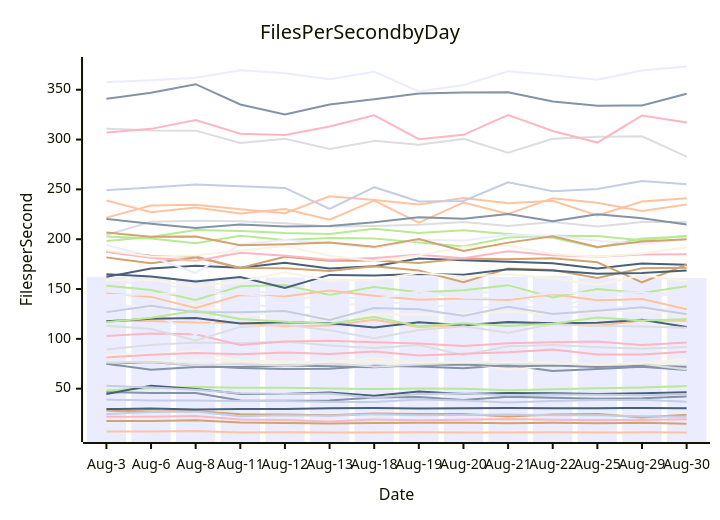
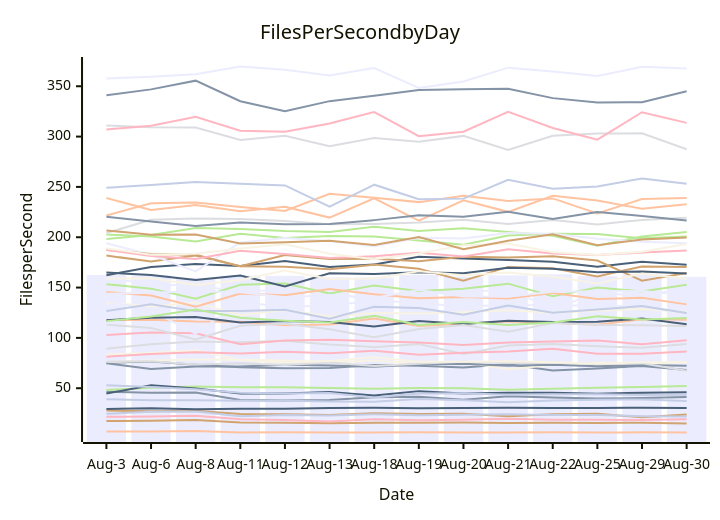
The diagram in perf-report.md (streetsidesoftware/cspell), drawn with Mermaid before and after one commit. The commit also changed other lines of this file and 1 other file, not shown here.

````diff
--- a/perf-report.md
+++ b/perf-report.md
@@ -10,57 +10,57 @@
 ```mermaid
 xychart-beta
     title Files Per Second by Day
     y-axis Files per Second
     x-axis Date [Aug-3, Aug-6, Aug-8, Aug-11, Aug-12, Aug-13, Aug-18, Aug-19, Aug-20, Aug-21, Aug-22, Aug-25, Aug-29, Aug-30]
-    bar [162.42, 162.15, 159.78, 161.87, 161.59, 160.12, 160.00, 162.54, 160.82, 162.11, 163.20, 161.31, 162.91, 160.90]
-    line [46.57, 45.56, 45.66, 38.22, 37.79, 38.23, 41.09, 41.54, 38.59, 41.99, 40.85, 39.81, 40.28, 42.03]
-    line [6.91, 7.06, 7.47, 6.09, 6.22, 6.12, 6.05, 6.23, 6.09, 6.02, 6.19, 6.02, 6.20, 6.06]
-    line [89.32, 93.72, 96.32, 95.66, 97.25, 93.41, 90.83, 93.92, 83.91, 92.53, 93.93, 91.70, 90.17, 91.83]
-    line [48.27, 50.39, 51.68, 50.89, 50.88, 50.22, 49.59, 50.25, 50.03, 48.40, 49.47, 50.47, 51.15, 52.62]
-    line [27.98, 27.09, 27.59, 24.33, 24.19, 23.40, 25.07, 24.48, 24.64, 22.11, 24.14, 24.67, 21.16, 23.75]
-    line [24.58, 26.54, 27.00, 22.24, 23.36, 22.81, 24.23, 23.27, 23.59, 24.08, 23.43, 23.40, 22.23, 21.77]
-    line [102.88, 105.40, 104.69, 93.74, 97.45, 98.22, 96.65, 95.35, 92.84, 95.49, 96.50, 97.40, 93.72, 96.32]
-    line [44.73, 52.88, 49.80, 44.85, 44.73, 46.28, 42.85, 47.12, 44.69, 45.57, 45.49, 44.61, 45.50, 46.52]
-    line [135.43, 131.19, 135.23, 122.44, 127.81, 121.17, 124.81, 124.18, 125.47, 127.40, 124.91, 126.98, 128.83, 124.30]
-    line [158.79, 154.00, 151.10, 147.11, 146.86, 146.10, 136.12, 147.29, 144.63, 149.12, 128.33, 145.05, 141.62, 150.26]
-    line [75.13, 76.66, 73.32, 70.77, 69.86, 70.01, 73.04, 72.36, 70.62, 73.83, 67.67, 69.68, 72.12, 68.68]
-    line [117.78, 117.94, 116.33, 116.04, 112.64, 113.43, 119.19, 111.93, 114.00, 116.17, 114.97, 113.11, 118.41, 118.24]
-    line [310.96, 309.18, 308.97, 296.59, 300.81, 290.46, 298.69, 294.82, 300.68, 286.71, 300.74, 302.95, 303.29, 282.95]
-    line [202.60, 200.71, 195.89, 203.57, 199.20, 201.23, 200.81, 196.78, 192.62, 201.64, 203.42, 203.18, 198.91, 203.60]
-    line [17.45, 17.65, 18.37, 15.99, 15.64, 15.11, 15.67, 15.78, 15.86, 15.35, 15.70, 15.41, 15.75, 14.71]
-    line [53.03, 51.13, 48.90, 45.53, 44.69, 45.18, 40.85, 44.70, 45.09, 43.47, 44.07, 43.94, 43.35, 44.29]
-    line [21.72, 21.80, 22.54, 19.07, 18.54, 16.95, 19.10, 18.27, 18.74, 19.65, 18.80, 18.62, 18.45, 19.43]
-    line [162.30, 170.51, 173.47, 171.46, 176.49, 170.50, 172.92, 180.52, 178.78, 177.41, 175.76, 170.70, 175.74, 174.48]
-    line [75.71, 77.66, 78.66, 78.35, 77.65, 75.86, 77.65, 74.07, 76.09, 68.93, 73.13, 75.35, 74.03, 77.03]
-    line [137.05, 127.16, 104.34, 135.34, 130.97, 132.26, 136.82, 135.16, 130.52, 133.31, 131.34, 132.85, 130.95, 128.47]
-    line [74.92, 69.05, 71.64, 71.63, 73.23, 72.55, 71.44, 73.71, 74.27, 72.25, 73.30, 71.82, 72.99, 71.96]
-    line [238.93, 227.08, 231.94, 225.75, 230.29, 219.53, 238.65, 216.52, 236.75, 225.24, 241.21, 236.60, 228.23, 234.94]
-    line [76.34, 76.92, 73.53, 74.78, 72.96, 75.57, 72.13, 74.31, 76.20, 74.98, 75.32, 73.98, 74.92, 69.25]
-    line [198.32, 202.22, 209.23, 208.13, 206.12, 205.21, 210.46, 206.31, 208.96, 205.28, 201.48, 191.68, 200.76, 202.83]
-    line [181.77, 175.87, 181.75, 171.06, 170.80, 168.18, 172.80, 168.69, 156.73, 170.52, 169.10, 161.12, 170.94, 171.48]
-    line [39.03, 38.14, 38.18, 37.54, 37.60, 36.71, 36.51, 39.25, 38.04, 36.06, 37.72, 38.63, 38.79, 36.82]
-    line [307.09, 310.74, 319.60, 305.87, 304.71, 313.08, 324.40, 300.37, 304.78, 324.68, 308.60, 296.98, 324.16, 317.18]
-    line [117.60, 120.09, 120.85, 115.35, 116.69, 115.74, 111.39, 116.78, 113.71, 117.01, 115.75, 116.08, 119.18, 111.91]
-    line [83.62, 84.88, 87.82, 77.70, 75.58, 76.94, 80.70, 76.26, 76.41, 76.73, 75.85, 74.38, 75.85, 80.00]
-    line [194.07, 182.58, 166.07, 194.86, 199.17, 196.17, 191.14, 199.41, 198.71, 204.15, 203.44, 198.55, 195.50, 199.75]
-    line [341.03, 346.90, 355.56, 335.17, 325.27, 335.20, 340.52, 346.23, 347.14, 347.41, 338.20, 333.97, 334.12, 345.97]
-    line [221.63, 233.74, 234.59, 230.11, 226.13, 243.15, 239.31, 234.89, 241.23, 236.06, 238.56, 223.75, 237.91, 241.06]
-    line [204.15, 217.44, 218.55, 218.05, 216.13, 212.80, 213.27, 214.61, 217.28, 213.25, 217.17, 212.77, 217.16, 217.30]
-    line [153.39, 148.93, 139.04, 152.86, 154.13, 144.07, 152.10, 146.68, 148.87, 153.90, 141.45, 150.06, 146.03, 152.87]
-    line [187.46, 183.38, 182.66, 171.17, 182.41, 178.32, 178.57, 176.08, 180.57, 179.89, 180.99, 176.89, 156.76, 174.43]
-    line [126.83, 133.33, 126.61, 126.72, 128.04, 119.05, 131.02, 129.61, 123.08, 132.18, 124.93, 128.24, 131.60, 124.67]
-    line [187.31, 181.39, 178.30, 186.48, 183.29, 179.27, 181.07, 184.49, 180.99, 187.99, 183.89, 182.41, 184.77, 184.80]
-    line [29.48, 30.19, 29.03, 29.67, 29.60, 30.33, 30.62, 30.06, 30.32, 30.71, 30.33, 30.41, 30.59, 30.37]
-    line [188.91, 182.68, 183.70, 188.70, 193.07, 183.50, 178.10, 183.95, 192.12, 193.67, 185.05, 182.38, 185.55, 191.91]
-    line [357.63, 359.56, 362.02, 369.62, 366.45, 360.63, 368.14, 348.34, 354.65, 368.47, 364.63, 360.14, 369.32, 373.33]
-    line [220.37, 215.62, 211.22, 214.76, 212.79, 213.14, 217.00, 221.94, 220.45, 225.30, 218.11, 225.16, 221.13, 214.78]
-    line [145.58, 142.12, 131.06, 143.98, 142.41, 148.62, 143.28, 139.37, 140.53, 139.04, 144.69, 138.65, 139.89, 129.65]
-    line [113.19, 109.88, 98.38, 112.00, 114.17, 108.57, 100.66, 108.77, 112.72, 106.20, 114.85, 112.98, 112.47, 111.04]
-    line [116.67, 121.26, 128.17, 119.97, 117.10, 115.21, 121.90, 112.74, 115.76, 112.80, 115.24, 121.46, 118.37, 119.75]
-    line [206.67, 202.54, 202.61, 193.89, 195.05, 196.60, 192.32, 200.16, 188.13, 196.57, 202.87, 192.16, 197.82, 200.02]
-    line [249.24, 251.79, 254.83, 253.26, 251.44, 230.32, 252.21, 237.84, 238.36, 257.03, 248.15, 250.39, 258.39, 255.08]
-    line [81.39, 83.97, 85.77, 84.48, 86.21, 84.78, 87.25, 83.34, 85.16, 86.61, 89.19, 84.30, 84.25, 87.05]
-    line [164.91, 162.58, 157.48, 162.05, 151.08, 164.19, 163.52, 165.17, 164.35, 169.78, 168.65, 165.26, 166.00, 168.58]
-    line [159.02, 159.32, 152.64, 157.58, 166.90, 158.63, 158.95, 166.31, 162.23, 164.91, 160.87, 154.07, 164.02, 157.81]
-    line [143.82, 144.85, 146.35, 145.37, 140.27, 142.62, 139.83, 147.55, 141.21, 140.96, 145.89, 146.30, 146.55, 142.02]
+    bar [162.42, 162.15, 159.78, 161.87, 161.59, 160.12, 160.00, 162.54, 160.82, 162.11, 163.20, 161.31, 162.91, 160.67]
+    line [46.57, 45.56, 45.66, 38.22, 37.79, 38.23, 41.09, 41.54, 38.59, 41.99, 40.85, 39.81, 40.28, 41.27]
+    line [6.91, 7.06, 7.47, 6.09, 6.22, 6.12, 6.05, 6.23, 6.09, 6.02, 6.19, 6.02, 6.20, 6.04]
+    line [89.32, 93.72, 96.32, 95.66, 97.25, 93.41, 90.83, 93.92, 83.91, 92.53, 93.93, 91.70, 90.17, 94.03]
+    line [48.27, 50.39, 51.68, 50.89, 50.88, 50.22, 49.59, 50.25, 50.03, 48.40, 49.47, 50.47, 51.15, 52.21]
+    line [27.98, 27.09, 27.59, 24.33, 24.19, 23.40, 25.07, 24.48, 24.64, 22.11, 24.14, 24.67, 21.16, 23.95]
+    line [24.58, 26.54, 27.00, 22.24, 23.36, 22.81, 24.23, 23.27, 23.59, 24.08, 23.43, 23.40, 22.23, 21.90]
+    line [102.88, 105.40, 104.69, 93.74, 97.45, 98.22, 96.65, 95.35, 92.84, 95.49, 96.50, 97.40, 93.72, 97.65]
+    line [44.73, 52.88, 49.80, 44.85, 44.73, 46.28, 42.85, 47.12, 44.69, 45.57, 45.49, 44.61, 45.50, 46.05]
+    line [135.43, 131.19, 135.23, 122.44, 127.81, 121.17, 124.81, 124.18, 125.47, 127.40, 124.91, 126.98, 128.83, 125.51]
+    line [158.79, 154.00, 151.10, 147.11, 146.86, 146.10, 136.12, 147.29, 144.63, 149.12, 128.33, 145.05, 141.62, 149.48]
+    line [75.13, 76.66, 73.32, 70.77, 69.86, 70.01, 73.04, 72.36, 70.62, 73.83, 67.67, 69.68, 72.12, 68.00]
+    line [117.78, 117.94, 116.33, 116.04, 112.64, 113.43, 119.19, 111.93, 114.00, 116.17, 114.97, 113.11, 118.41, 118.01]
+    line [310.96, 309.18, 308.97, 296.59, 300.81, 290.46, 298.69, 294.82, 300.68, 286.71, 300.74, 302.95, 303.29, 287.37]
+    line [202.60, 200.71, 195.89, 203.57, 199.20, 201.23, 200.81, 196.78, 192.62, 201.64, 203.42, 203.18, 198.91, 200.77]
+    line [17.45, 17.65, 18.37, 15.99, 15.64, 15.11, 15.67, 15.78, 15.86, 15.35, 15.70, 15.41, 15.75, 15.00]
+    line [53.03, 51.13, 48.90, 45.53, 44.69, 45.18, 40.85, 44.70, 45.09, 43.47, 44.07, 43.94, 43.35, 43.55]
+    line [21.72, 21.80, 22.54, 19.07, 18.54, 16.95, 19.10, 18.27, 18.74, 19.65, 18.80, 18.62, 18.45, 19.29]
+    line [162.30, 170.51, 173.47, 171.46, 176.49, 170.50, 172.92, 180.52, 178.78, 177.41, 175.76, 170.70, 175.74, 172.74]
+    line [75.71, 77.66, 78.66, 78.35, 77.65, 75.86, 77.65, 74.07, 76.09, 68.93, 73.13, 75.35, 74.03, 75.97]
+    line [137.05, 127.16, 104.34, 135.34, 130.97, 132.26, 136.82, 135.16, 130.52, 133.31, 131.34, 132.85, 130.95, 124.42]
+    line [74.92, 69.05, 71.64, 71.63, 73.23, 72.55, 71.44, 73.71, 74.27, 72.25, 73.30, 71.82, 72.99, 72.24]
+    line [238.93, 227.08, 231.94, 225.75, 230.29, 219.53, 238.65, 216.52, 236.75, 225.24, 241.21, 236.60, 228.23, 232.86]
+    line [76.34, 76.92, 73.53, 74.78, 72.96, 75.57, 72.13, 74.31, 76.20, 74.98, 75.32, 73.98, 74.92, 67.44]
+    line [198.32, 202.22, 209.23, 208.13, 206.12, 205.21, 210.46, 206.31, 208.96, 205.28, 201.48, 191.68, 200.76, 205.32]
+    line [181.77, 175.87, 181.75, 171.06, 170.80, 168.18, 172.80, 168.69, 156.73, 170.52, 169.10, 161.12, 170.94, 170.42]
+    line [39.03, 38.14, 38.18, 37.54, 37.60, 36.71, 36.51, 39.25, 38.04, 36.06, 37.72, 38.63, 38.79, 37.24]
+    line [307.09, 310.74, 319.60, 305.87, 304.71, 313.08, 324.40, 300.37, 304.78, 324.68, 308.60, 296.98, 324.16, 313.60]
+    line [117.60, 120.09, 120.85, 115.35, 116.69, 115.74, 111.39, 116.78, 113.71, 117.01, 115.75, 116.08, 119.18, 113.59]
+    line [83.62, 84.88, 87.82, 77.70, 75.58, 76.94, 80.70, 76.26, 76.41, 76.73, 75.85, 74.38, 75.85, 75.82]
+    line [194.07, 182.58, 166.07, 194.86, 199.17, 196.17, 191.14, 199.41, 198.71, 204.15, 203.44, 198.55, 195.50, 193.96]
+    line [341.03, 346.90, 355.56, 335.17, 325.27, 335.20, 340.52, 346.23, 347.14, 347.41, 338.20, 333.97, 334.12, 345.07]
+    line [221.63, 233.74, 234.59, 230.11, 226.13, 243.15, 239.31, 234.89, 241.23, 236.06, 238.56, 223.75, 237.91, 239.06]
+    line [204.15, 217.44, 218.55, 218.05, 216.13, 212.80, 213.27, 214.61, 217.28, 213.25, 217.17, 212.77, 217.16, 219.42]
+    line [153.39, 148.93, 139.04, 152.86, 154.13, 144.07, 152.10, 146.68, 148.87, 153.90, 141.45, 150.06, 146.03, 152.71]
+    line [187.46, 183.38, 182.66, 171.17, 182.41, 178.32, 178.57, 176.08, 180.57, 179.89, 180.99, 176.89, 156.76, 164.43]
+    line [126.83, 133.33, 126.61, 126.72, 128.04, 119.05, 131.02, 129.61, 123.08, 132.18, 124.93, 128.24, 131.60, 124.76]
+    line [187.31, 181.39, 178.30, 186.48, 183.29, 179.27, 181.07, 184.49, 180.99, 187.99, 183.89, 182.41, 184.77, 186.94]
+    line [29.48, 30.19, 29.03, 29.67, 29.60, 30.33, 30.62, 30.06, 30.32, 30.71, 30.33, 30.41, 30.59, 30.45]
+    line [188.91, 182.68, 183.70, 188.70, 193.07, 183.50, 178.10, 183.95, 192.12, 193.67, 185.05, 182.38, 185.55, 193.26]
+    line [357.63, 359.56, 362.02, 369.62, 366.45, 360.63, 368.14, 348.34, 354.65, 368.47, 364.63, 360.14, 369.32, 367.60]
+    line [220.37, 215.62, 211.22, 214.76, 212.79, 213.14, 217.00, 221.94, 220.45, 225.30, 218.11, 225.16, 221.13, 216.69]
+    line [145.58, 142.12, 131.06, 143.98, 142.41, 148.62, 143.28, 139.37, 140.53, 139.04, 144.69, 138.65, 139.89, 133.31]
+    line [113.19, 109.88, 98.38, 112.00, 114.17, 108.57, 100.66, 108.77, 112.72, 106.20, 114.85, 112.98, 112.47, 111.83]
+    line [116.67, 121.26, 128.17, 119.97, 117.10, 115.21, 121.90, 112.74, 115.76, 112.80, 115.24, 121.46, 118.37, 119.80]
+    line [206.67, 202.54, 202.61, 193.89, 195.05, 196.60, 192.32, 200.16, 188.13, 196.57, 202.87, 192.16, 197.82, 199.85]
+    line [249.24, 251.79, 254.83, 253.26, 251.44, 230.32, 252.21, 237.84, 238.36, 257.03, 248.15, 250.39, 258.39, 253.25]
+    line [81.39, 83.97, 85.77, 84.48, 86.21, 84.78, 87.25, 83.34, 85.16, 86.61, 89.19, 84.30, 84.25, 86.47]
+    line [164.91, 162.58, 157.48, 162.05, 151.08, 164.19, 163.52, 165.17, 164.35, 169.78, 168.65, 165.26, 166.00, 163.99]
+    line [159.02, 159.32, 152.64, 157.58, 166.90, 158.63, 158.95, 166.31, 162.23, 164.91, 160.87, 154.07, 164.02, 158.84]
+    line [143.82, 144.85, 146.35, 145.37, 140.27, 142.62, 139.83, 147.55, 141.21, 140.96, 145.89, 146.30, 146.55, 142.25]
 ```
````
